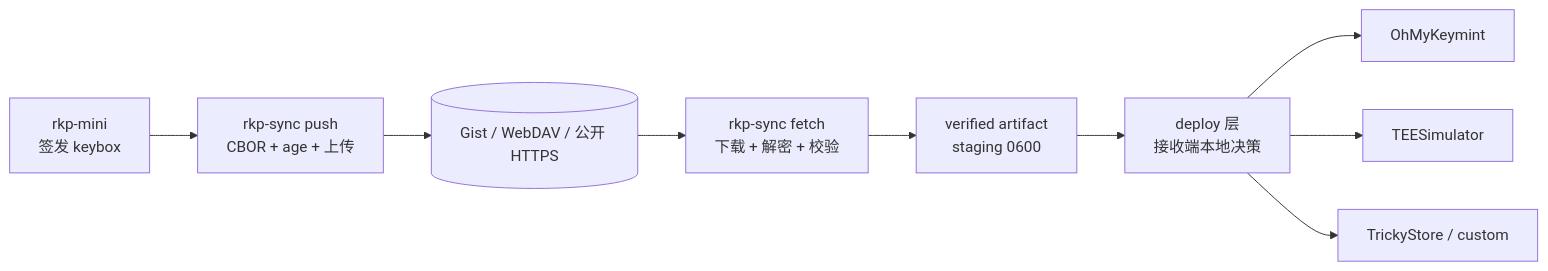
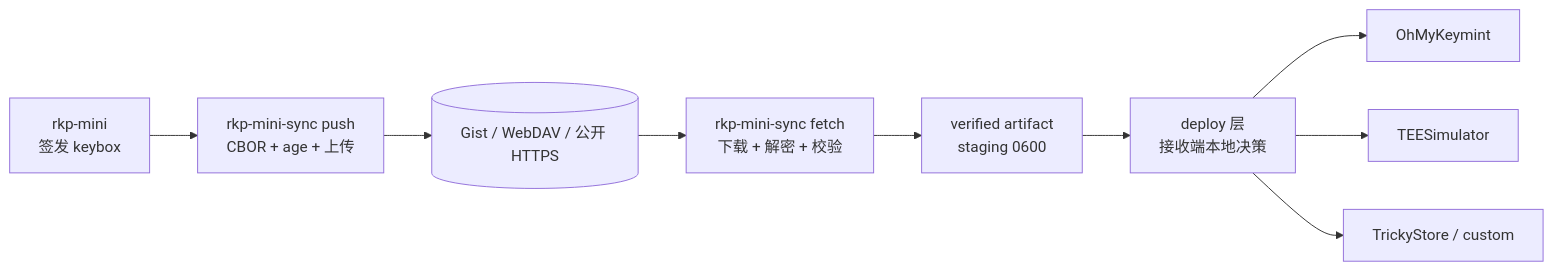
One commit to etnperlong/rkp-mini changed the diagram in docs/REMOTE_SYNC_DEVELOP.md. Above: the diagram before and after it, drawn with Mermaid. The commit also changed other lines of this file and 112 other files, not shown here.

````diff
--- a/docs/REMOTE_SYNC_DEVELOP.md
+++ b/docs/REMOTE_SYNC_DEVELOP.md
@@ -149,11 +149,11 @@
 ```mermaid
 flowchart LR
-  A[rkp-mini<br/>签发 keybox] --> B[rkp-sync push<br/>CBOR + age + 上传]
+  A[rkp-mini<br/>签发 keybox] --> B[rkp-mini-sync push<br/>CBOR + age + 上传]
   B --> C[(Gist / WebDAV / 公开 HTTPS)]
-  C --> D[rkp-sync fetch<br/>下载 + 解密 + 校验]
+  C --> D[rkp-mini-sync fetch<br/>下载 + 解密 + 校验]
   D --> E[verified artifact<br/>staging 0600]
   E --> F[deploy 层<br/>接收端本地决策]
   F --> G[OhMyKeymint]
   F --> H[TEESimulator]
   F --> I[TrickyStore / custom]
 ```
````
